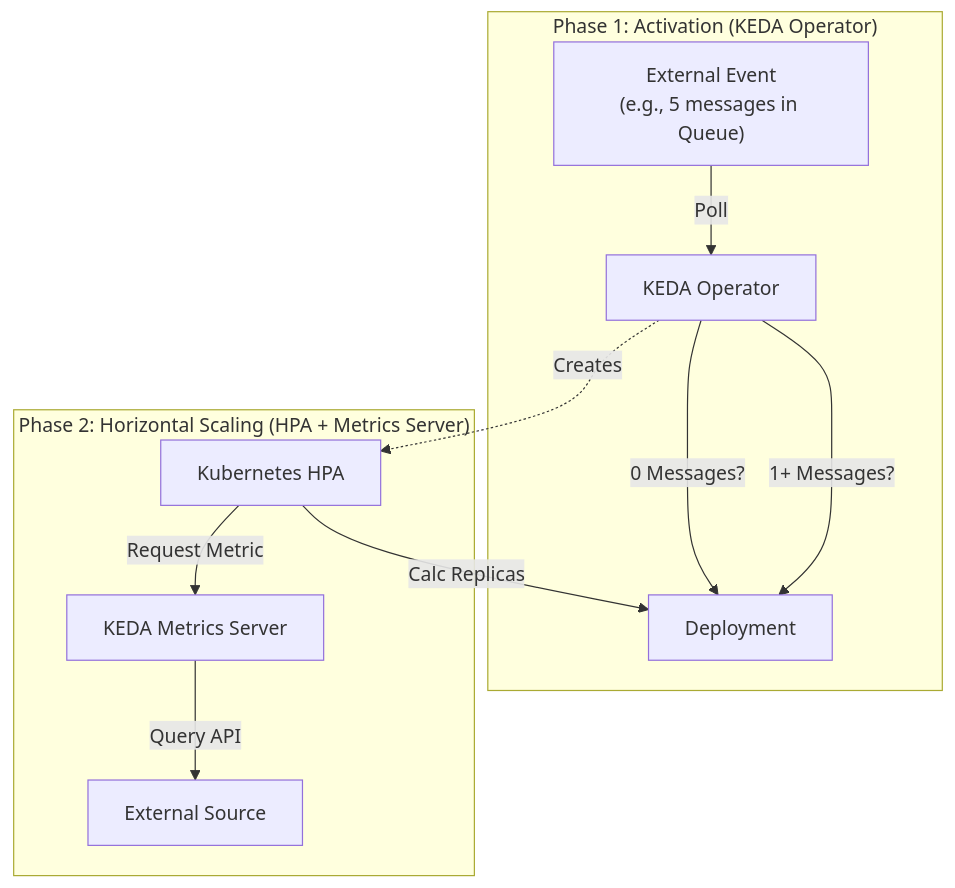
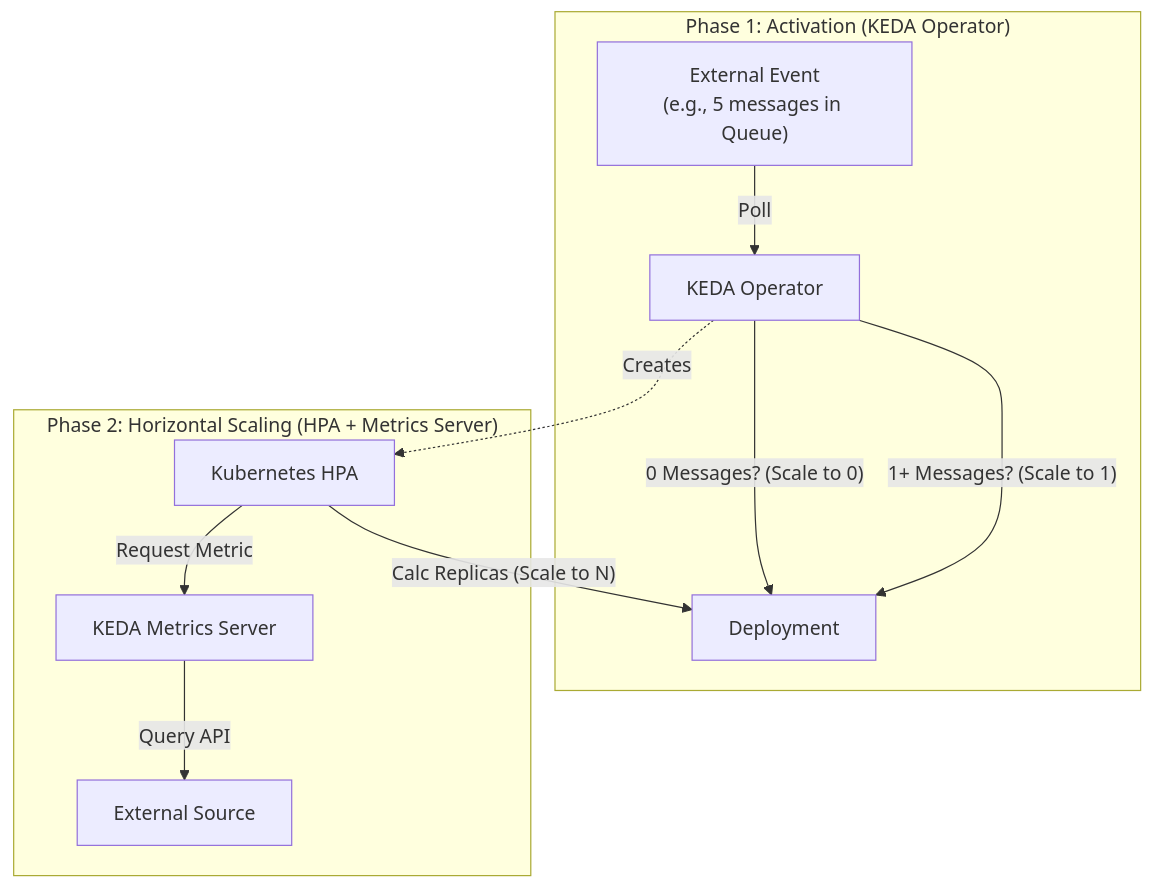
The first of 2 diagrams in patterns/quotas-and-scaling/KEDA/README.md (parthcodessub/k8s-ref-patterns), drawn with Mermaid before and after one commit.

Commit message:
KEDA lab

````diff
--- a/patterns/quotas-and-scaling/KEDA/README.md
+++ b/patterns/quotas-and-scaling/KEDA/README.md
@@ -35,24 +35,24 @@
 ```mermaid
 graph TD
     subgraph "Phase 1: Activation (KEDA Operator)"
         Event["External Event<br/>(e.g., 5 messages in Queue)"]
         Operator[KEDA Operator]
         Deploy[Deployment]
         
         Event -->|Poll| Operator
-        Operator -->|0 Messages?| Deploy
-        Operator -->|1+ Messages?| Deploy
+        Operator -->|"0 Messages? (Scale to 0)"| Deploy
+        Operator -->|"1+ Messages? (Scale to 1)"| Deploy
     end
 
     subgraph "Phase 2: Horizontal Scaling (HPA + Metrics Server)"
         HMS[KEDA Metrics Server]
         K8sHPA[Kubernetes HPA]
         PromSQS[External Source]
         
         K8sHPA -->|Request Metric| HMS
         HMS -->|Query API| PromSQS
-        K8sHPA -->|Calc Replicas| Deploy
+        K8sHPA -->|"Calc Replicas (Scale to N)"| Deploy
     end
     
     Operator -.->|Creates| K8sHPA
 ```
````
